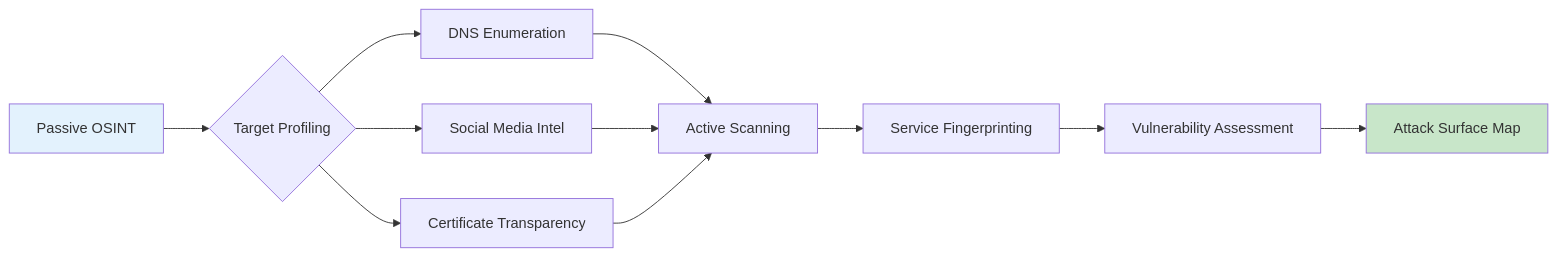
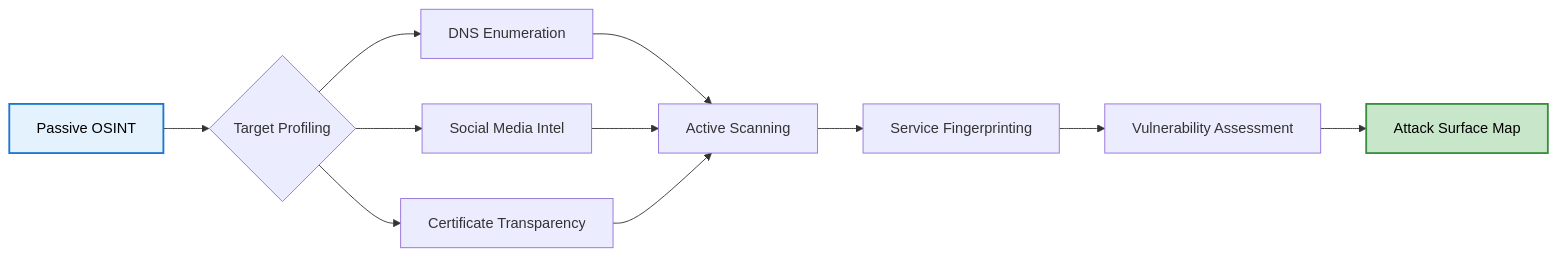
One commit to NovusAevum/apt-adversarial-operations changed the third of 9 diagrams in README.md. Above: the diagram before and after it, drawn with Mermaid. The commit also changed other lines of this file and 2 other files, not shown here.

````diff
--- a/README.md
+++ b/README.md
@@ -175,16 +166,16 @@
 ```mermaid
 flowchart LR
     A[Passive OSINT] --> B{Target Profiling}
     B --> C[DNS Enumeration]
     B --> D[Social Media Intel]
     B --> E[Certificate Transparency]
     C --> F[Active Scanning]
     D --> F
     E --> F
     F --> G[Service Fingerprinting]
     G --> H[Vulnerability Assessment]
     H --> I[Attack Surface Map]
     
-    style A fill:#e3f2fd
-    style I fill:#c8e6c9
+    style A fill:#e3f2fd,stroke:#1976d2,stroke-width:2px,color:#000
+    style I fill:#c8e6c9,stroke:#388e3c,stroke-width:2px,color:#000
 ```
````
